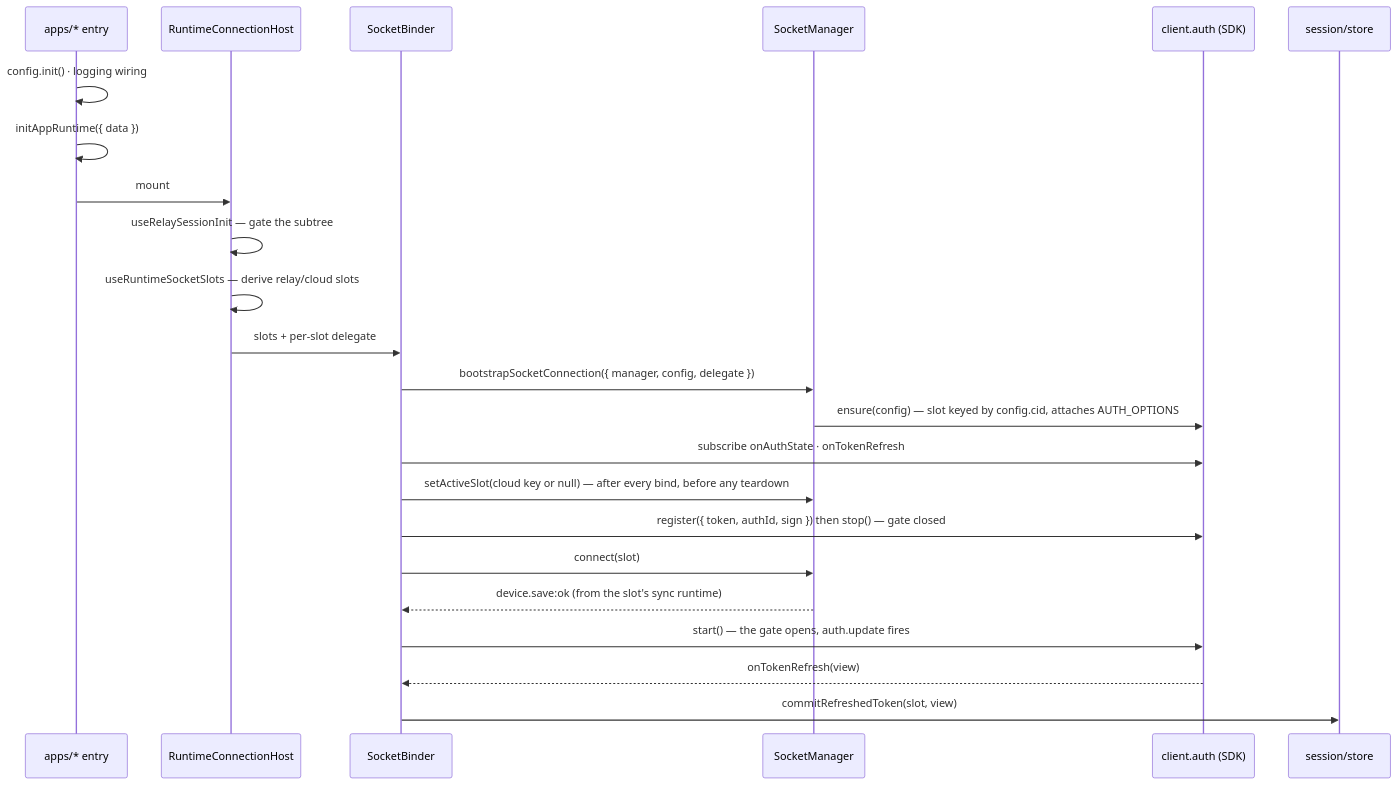
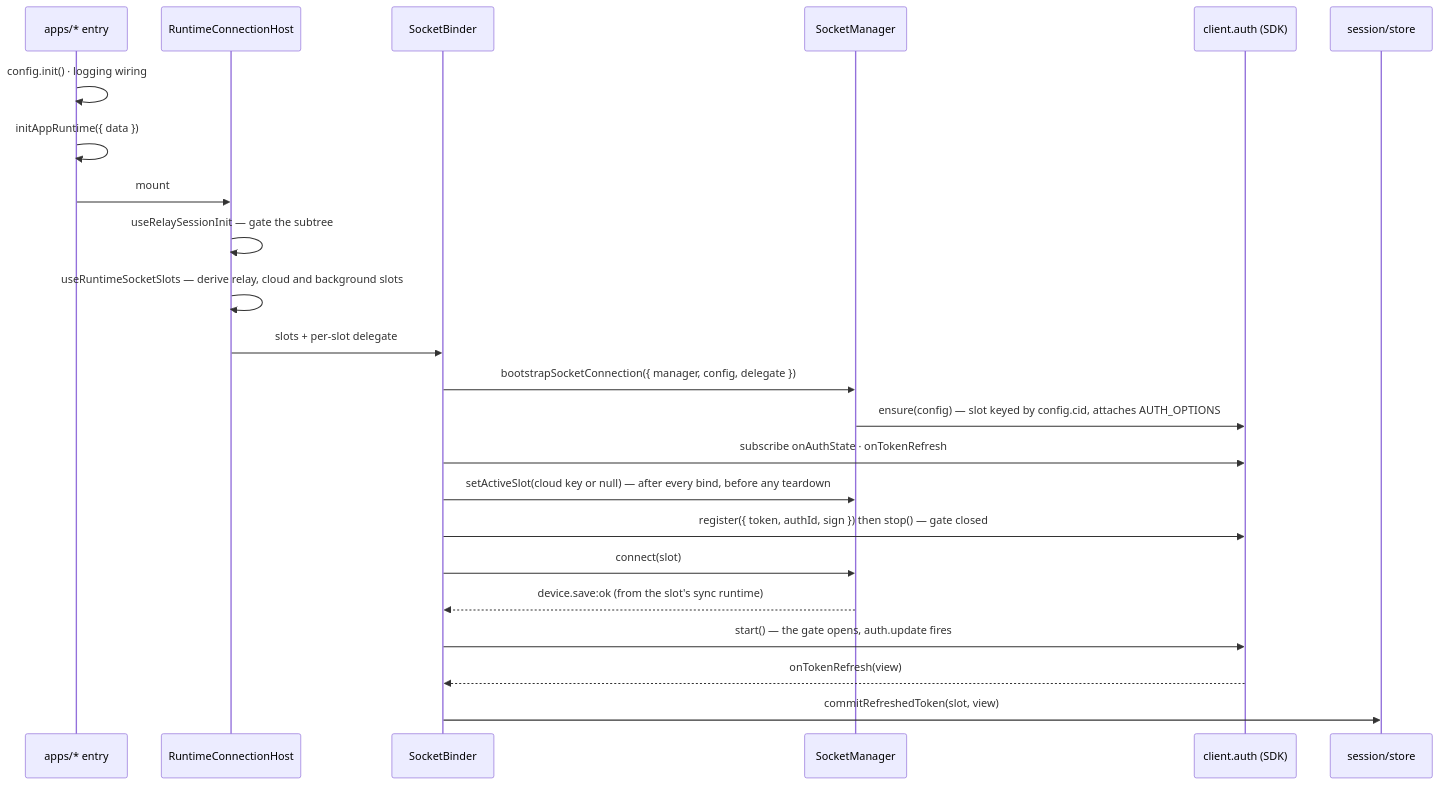
The second of 2 diagrams in libs/app-runtime/README.md (lemoncloud-io/dou-app), drawn with Mermaid before and after one commit. The commit also changed other lines of this file and 74 other files, not shown here.

````diff
--- a/libs/app-runtime/README.md
+++ b/libs/app-runtime/README.md
@@ -125,26 +126,26 @@
 ```mermaid
 sequenceDiagram
     participant App as apps/* entry
     participant Host as RuntimeConnectionHost
     participant B as SocketBinder
     participant M as SocketManager
     participant A as client.auth (SDK)
     participant S as session/store
 
     App->>App: config.init() · logging wiring
     App->>App: initAppRuntime({ data })
     App->>Host: mount
     Host->>Host: useRelaySessionInit — gate the subtree
-    Host->>Host: useRuntimeSocketSlots — derive relay/cloud slots
+    Host->>Host: useRuntimeSocketSlots — derive relay, cloud and background slots
     Host->>B: slots + per-slot delegate
     B->>M: bootstrapSocketConnection({ manager, config, delegate })
     M->>A: ensure(config) — slot keyed by config.cid, attaches AUTH_OPTIONS
     B->>A: subscribe onAuthState · onTokenRefresh
     B->>M: setActiveSlot(cloud key or null) — after every bind, before any teardown
     B->>A: register({ token, authId, sign }) then stop() — gate closed
     B->>M: connect(slot)
     M-->>B: device.save:ok (from the slot's sync runtime)
     B->>A: start() — the gate opens, auth.update fires
     A-->>B: onTokenRefresh(view)
     B->>S: commitRefreshedToken(slot, view)
 ```
````
